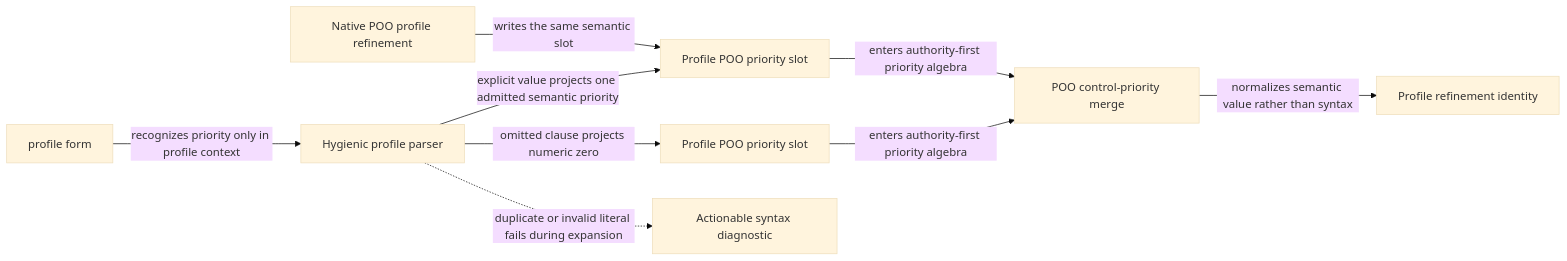
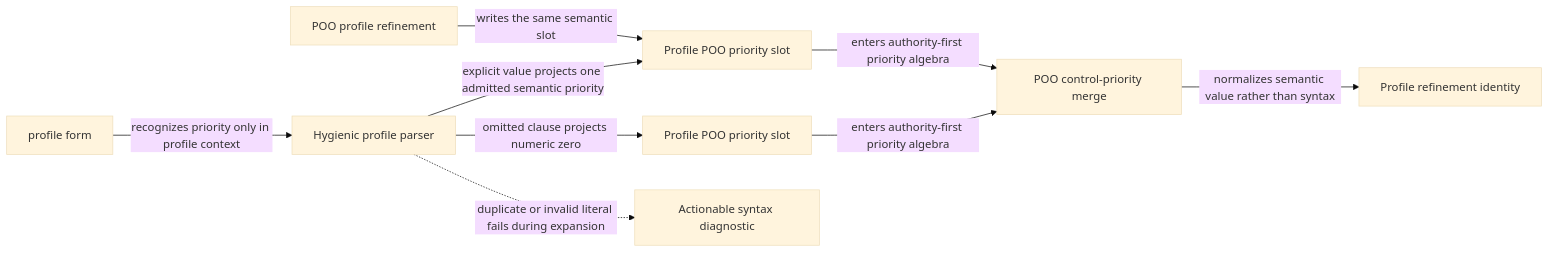
The first of 3 diagrams in module-system/design/45-48-compose-function-profiles-strategy-and-lazy-evaluator-boundary.org (tao3k/gebril-yuanxu), drawn with Mermaid (base theme) before and after one commit. The commit also changed other lines of this file and 1469 other files, not shown here.

```diff
--- a/module-system/design/45-48-compose-function-profiles-strategy-and-lazy-evaluator-boundary.org
+++ b/module-system/design/45-48-compose-function-profiles-strategy-and-lazy-evaluator-boundary.org
@@ -120,11 +120,11 @@
 #+begin_src mermaid
 flowchart LR
   Form["profile form"] -->|"recognizes priority only in profile context"| Parser["Hygienic profile parser"]
   Parser -->|"omitted clause projects numeric zero"| Default["Profile POO priority slot"]
   Parser -->|"explicit value projects one admitted semantic priority"| Explicit["Profile POO priority slot"]
   Parser -.->|"duplicate or invalid literal fails during expansion"| Diagnostic["Actionable syntax diagnostic"]
-  Advanced["Native POO profile refinement"] -->|"writes the same semantic slot"| Explicit
+  Advanced["POO profile refinement"] -->|"writes the same semantic slot"| Explicit
   Default -->|"enters authority-first priority algebra"| Algebra["POO control-priority merge"]
   Explicit -->|"enters authority-first priority algebra"| Algebra
   Algebra -->|"normalizes semantic value rather than syntax"| Key["Profile refinement identity"]
 #+end_src
```
